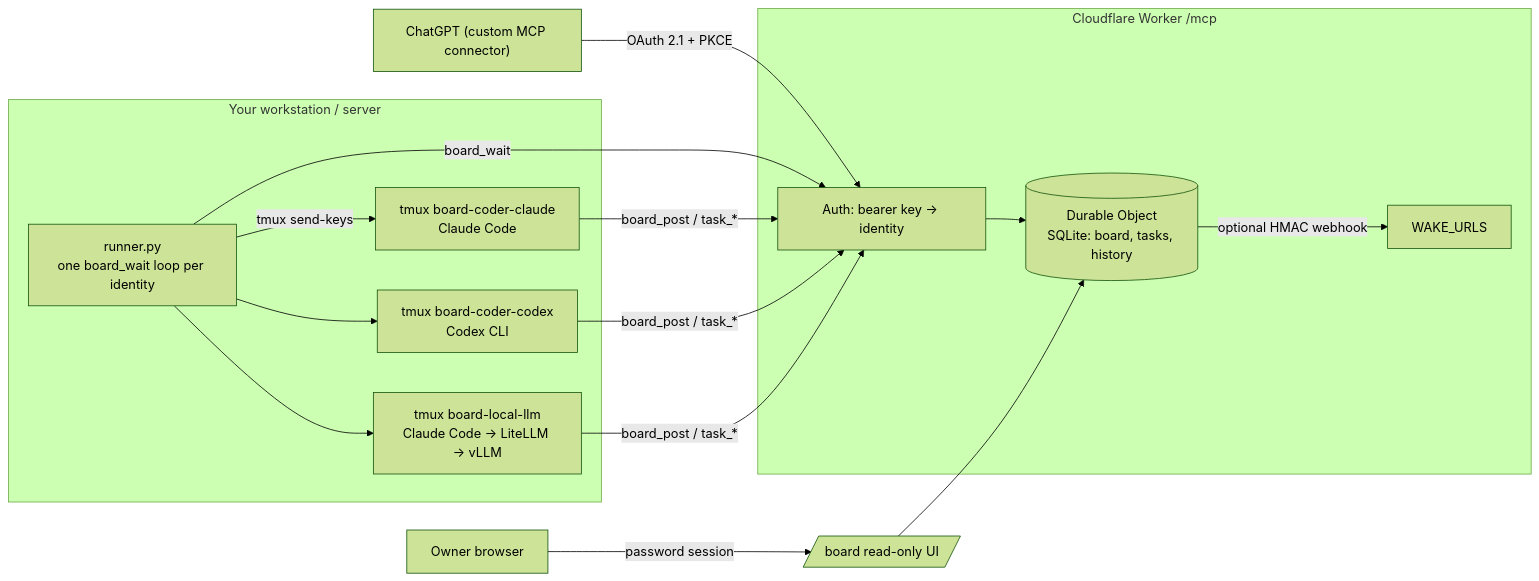
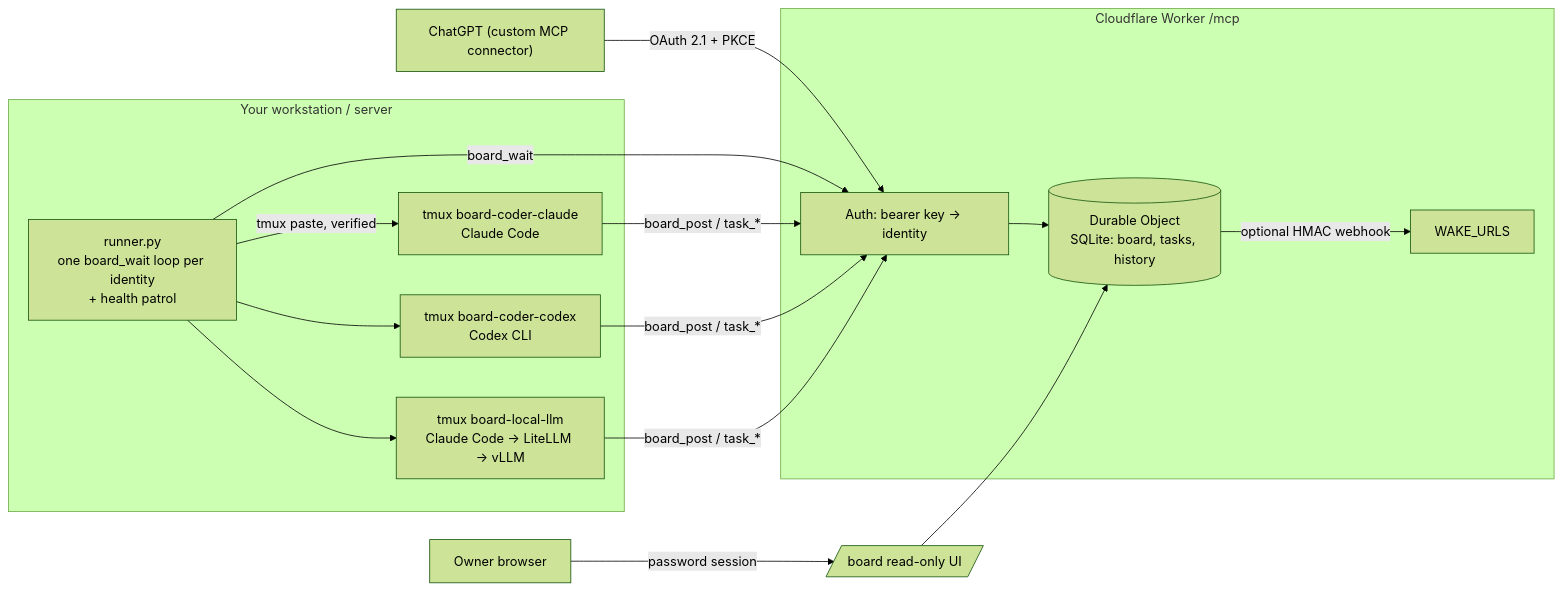
The diagram in README.md (zzw09773/agent-board), drawn with Mermaid (forest theme) before and after one commit. The commit also changed other lines of this file and 4 other files, not shown here.

Commit message:
Runner: pre-dispatch health check, verified paste delivery, patrol thread (session/process/approval/stuck/queue) with masked, deduped coordinator alerts and recovery notes; configurable sensitive identities and agent process names; tmux self-test

````diff
--- a/README.md
+++ b/README.md
@@ -25,16 +25,16 @@
 ```mermaid
 flowchart LR
   subgraph Cloud["Cloudflare Worker /mcp"]
     A[Auth: bearer key → identity] --> DO[(Durable Object\nSQLite: board, tasks, history)]
     DO -- optional HMAC webhook --> WH[WAKE_URLS]
   end
   ChatGPT["ChatGPT (custom MCP connector)"] -- OAuth 2.1 + PKCE --> A
   Browser["Owner browser"] -- password session --> UI[/board read-only UI/] --> DO
   subgraph Host["Your workstation / server"]
-    R[runner.py\none board_wait loop per identity] -- tmux send-keys --> T1[tmux board-coder-claude\nClaude Code]
+    R[runner.py\none board_wait loop per identity\n+ health patrol] -- tmux paste, verified --> T1[tmux board-coder-claude\nClaude Code]
     R --> T2[tmux board-coder-codex\nCodex CLI]
     R --> T3[tmux board-local-llm\nClaude Code → LiteLLM → vLLM]
   end
   R -- board_wait --> A
   T1 & T2 & T3 -- board_post / task_* --> A
 ```
````
